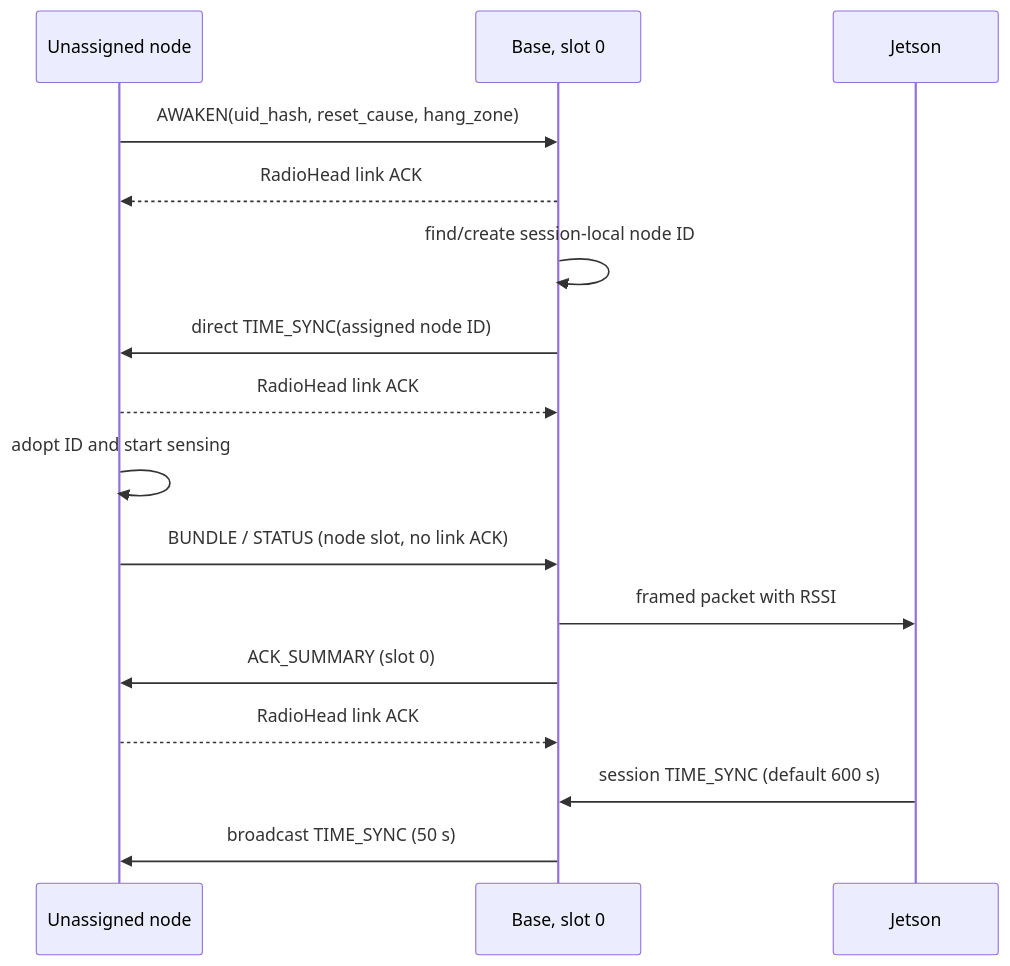
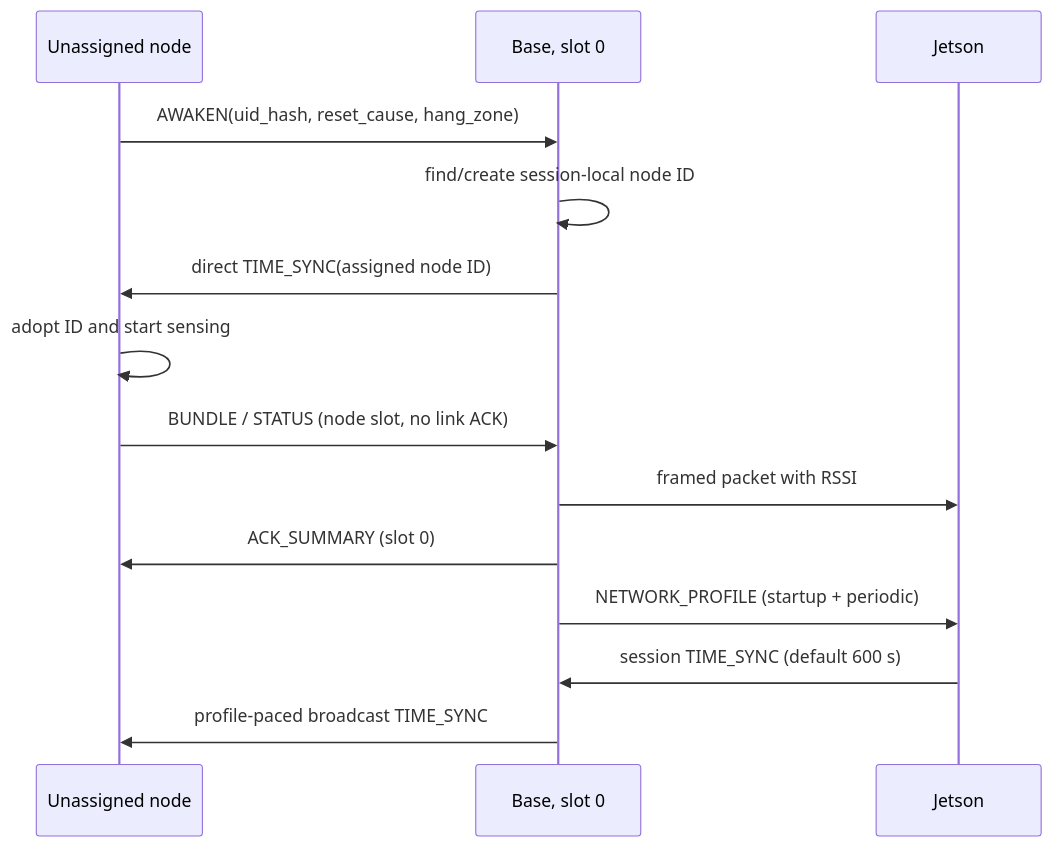
Before and after one commit to KylesCorner/SmartFires_IoT: the second of 4 diagrams in documentation/SOFTWARE_DESIGN_DIAGRAM.md, drawn with Mermaid. The commit also changed other lines of this file and 57 other files, not shown here.

````diff
--- a/documentation/SOFTWARE_DESIGN_DIAGRAM.md
+++ b/documentation/SOFTWARE_DESIGN_DIAGRAM.md
@@ -52,19 +56,17 @@
 ```mermaid
 sequenceDiagram
     participant N as Unassigned node
     participant B as Base, slot 0
     participant J as Jetson
 
     N->>B: AWAKEN(uid_hash, reset_cause, hang_zone)
-    B-->>N: RadioHead link ACK
     B->>B: find/create session-local node ID
     B->>N: direct TIME_SYNC(assigned node ID)
-    N-->>B: RadioHead link ACK
     N->>N: adopt ID and start sensing
     N->>B: BUNDLE / STATUS (node slot, no link ACK)
     B->>J: framed packet with RSSI
     B->>N: ACK_SUMMARY (slot 0)
-    N-->>B: RadioHead link ACK
+    B->>J: NETWORK_PROFILE (startup + periodic)
     J->>B: session TIME_SYNC (default 600 s)
-    B->>N: broadcast TIME_SYNC (50 s)
+    B->>N: profile-paced broadcast TIME_SYNC
 ```
````
